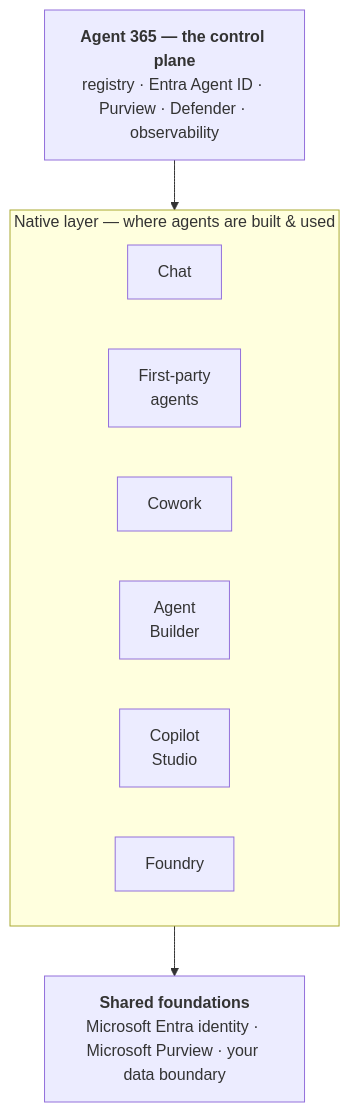
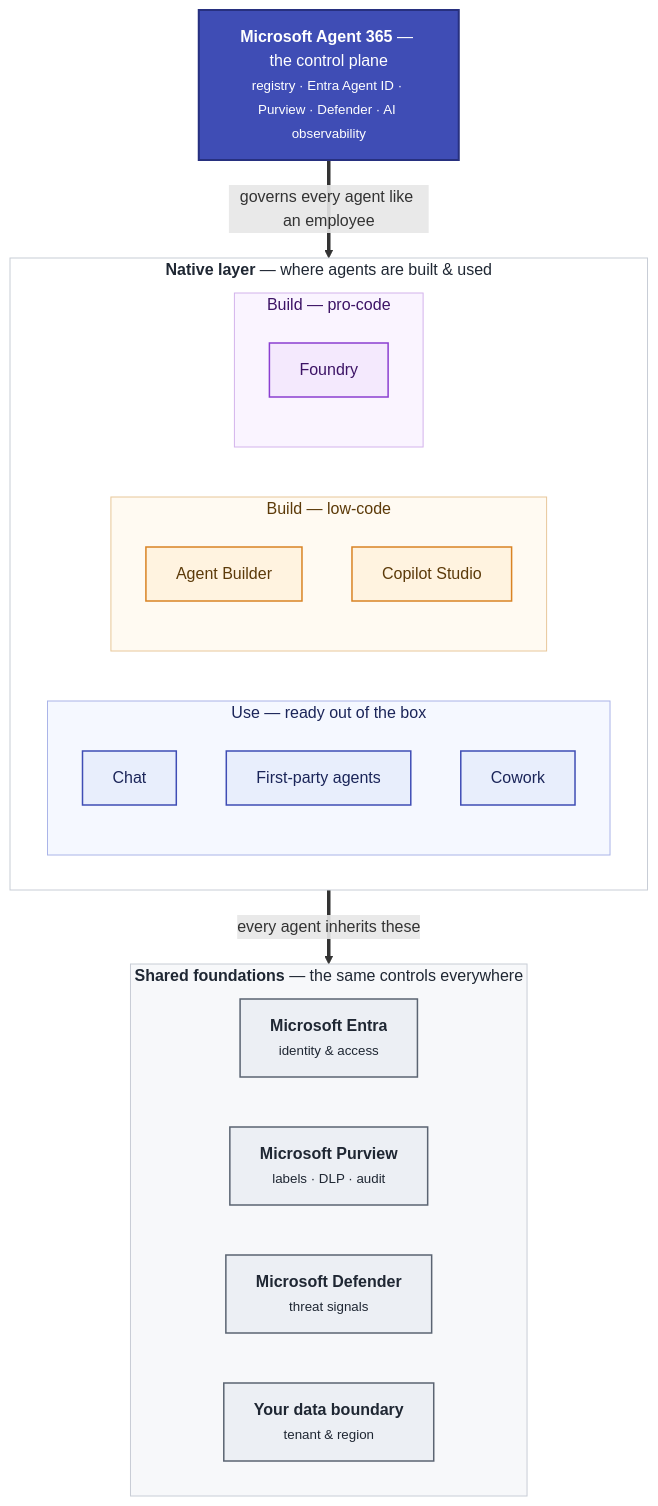
Before and after one commit to MawellGlass/copilot-ramp-cookbook: the diagram in docs/empowerment/security.md, drawn with Mermaid.

Commit message:
security: refine the two-layer governance diagram (grouped native layer, fuller foundations, professional styling)

````diff
--- a/docs/empowerment/security.md
+++ b/docs/empowerment/security.md
@@ -29,16 +29,56 @@
 ```mermaid
 flowchart TB
-    A365["<b>Agent 365 — the control plane</b><br/>registry · Entra Agent ID · Purview · Defender · observability"]
-    subgraph envs["Native layer — where agents are built &amp; used"]
+    %% ── Control plane ───────────────────────────────────────────────
+    A365["<b>Microsoft Agent 365</b> — the control plane<br/><small>registry · Entra Agent ID · Purview · Defender · AI observability</small>"]
+
+    %% ── Native layer, grouped by how much you build ─────────────────
+    subgraph NATIVE["<b>Native layer</b> — where agents are built &amp; used"]
         direction LR
-        C1["Chat"]
-        C2["First-party<br/>agents"]
-        C3["Cowork"]
-        C4["Agent<br/>Builder"]
-        C5["Copilot<br/>Studio"]
-        C6["Foundry"]
+        subgraph USE["Use — ready out of the box"]
+            direction TB
+            C1["Chat"]
+            C2["First-party agents"]
+            C3["Cowork"]
+        end
+        subgraph LOW["Build — low-code"]
+            direction TB
+            C4["Agent Builder"]
+            C5["Copilot Studio"]
+        end
+        subgraph PRO["Build — pro-code"]
+            direction TB
+            C6["Foundry"]
+        end
     end
-    F["<b>Shared foundations</b><br/>Microsoft Entra identity · Microsoft Purview · your data boundary"]
-    A365 --> envs
-    envs --> F
+
+    %% ── Shared foundations ──────────────────────────────────────────
+    subgraph FND["<b>Shared foundations</b> — the same controls everywhere"]
+        direction LR
+        ENT["<b>Microsoft Entra</b><br/><small>identity &amp; access</small>"]
+        PUR["<b>Microsoft Purview</b><br/><small>labels · DLP · audit</small>"]
+        DEF["<b>Microsoft Defender</b><br/><small>threat signals</small>"]
+        BND["<b>Your data boundary</b><br/><small>tenant &amp; region</small>"]
+    end
+
+    A365 ==>|"governs every agent like an employee"| NATIVE
+    NATIVE ==>|"every agent inherits these"| FND
+
+    %% ── Styling ─────────────────────────────────────────────────────
+    classDef plane fill:#3f4db5,stroke:#27307f,stroke-width:2px,color:#ffffff;
+    classDef use fill:#e8eefc,stroke:#3f4db5,stroke-width:1.5px,color:#1b2559;
+    classDef low fill:#fff3e0,stroke:#d98324,stroke-width:1.5px,color:#5c3a09;
+    classDef pro fill:#f4e9fd,stroke:#8b3fd1,stroke-width:1.5px,color:#3d1466;
+    classDef fnd fill:#eceff4,stroke:#5b6472,stroke-width:1.5px,color:#1f2733;
+
+    class A365 plane;
+    class C1,C2,C3 use;
+    class C4,C5 low;
+    class C6 pro;
+    class ENT,PUR,DEF,BND fnd;
+
+    style NATIVE fill:#ffffff,stroke:#c8cdd6,stroke-width:1px,color:#1f2733;
+    style FND fill:#f7f8fa,stroke:#c8cdd6,stroke-width:1px,color:#1f2733;
+    style USE fill:#f5f8ff,stroke:#aab4e8,stroke-width:1px,color:#1b2559;
+    style LOW fill:#fffaf2,stroke:#e8c79a,stroke-width:1px,color:#5c3a09;
+    style PRO fill:#faf4ff,stroke:#d3b3ec,stroke-width:1px,color:#3d1466;
 ```
````
